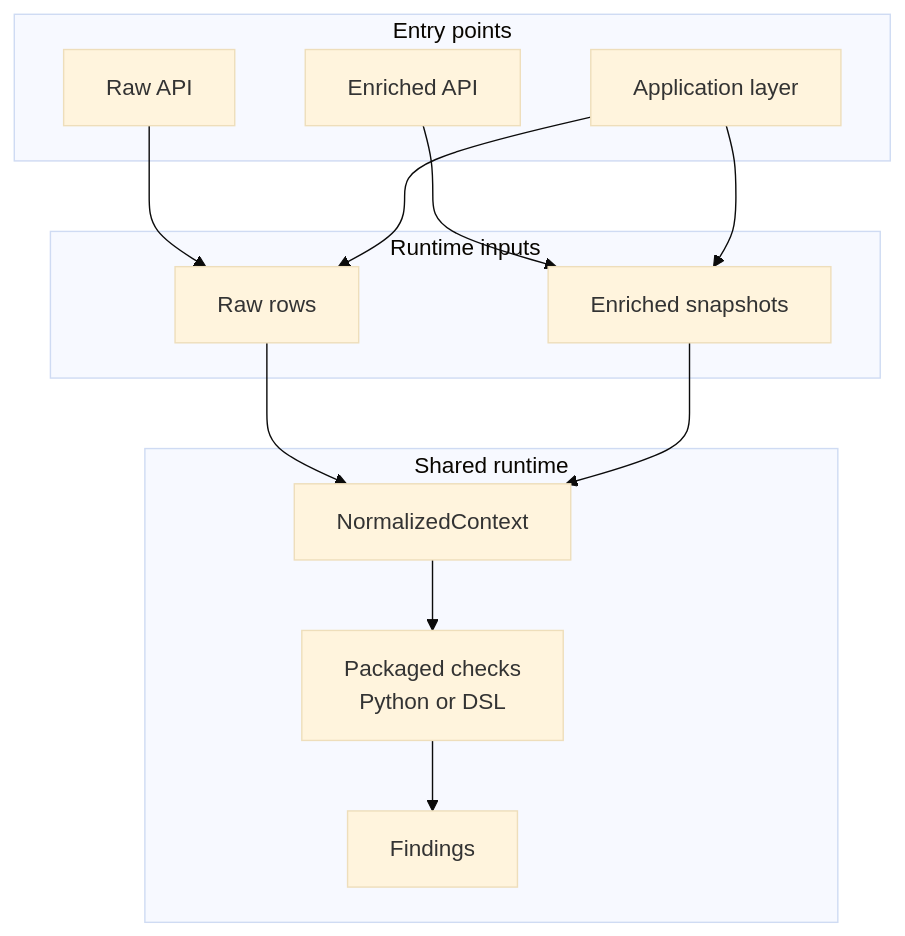
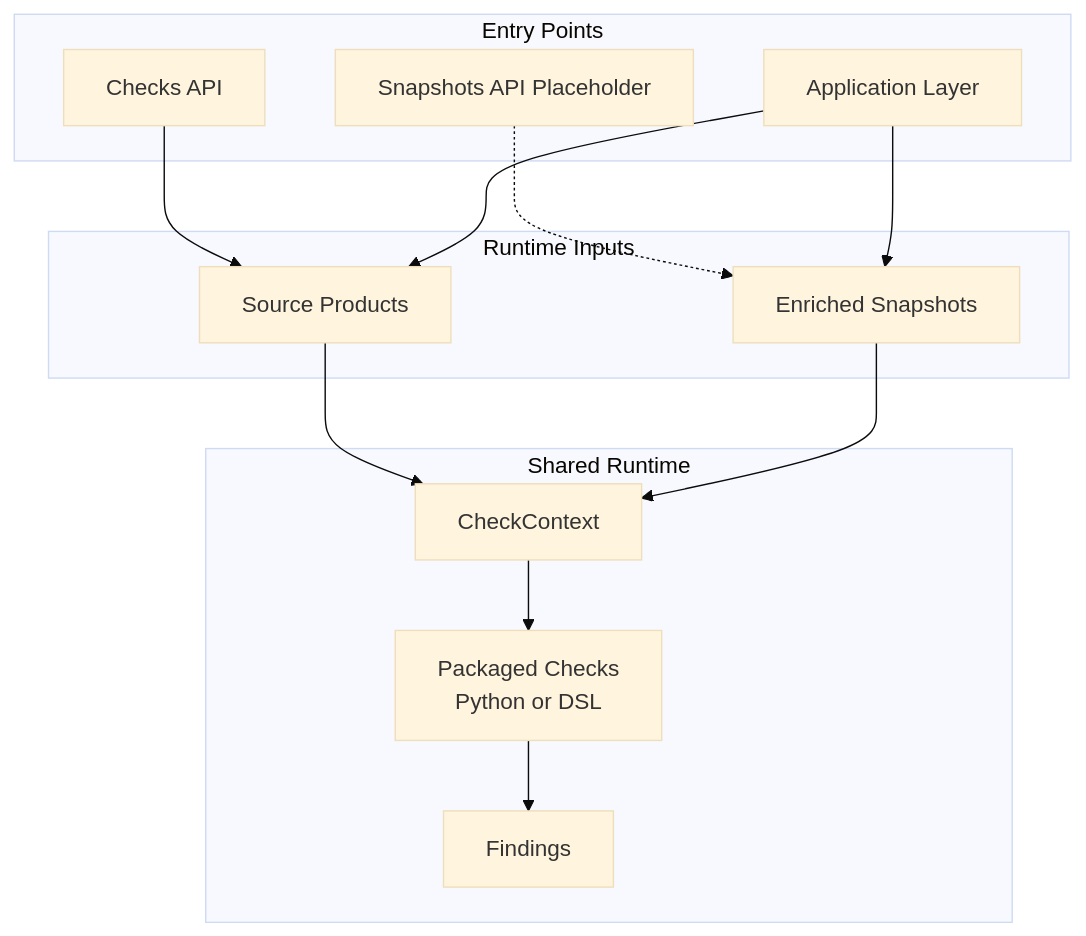
One commit to bobcorn/openfoodfacts-data-quality changed the diagram in docs/explanation/runtime-model.md. Above: the diagram before and after it, drawn with Mermaid (base theme). The commit also changed other lines of this file and 142 other files, not shown here.

````diff
--- a/docs/explanation/runtime-model.md
+++ b/docs/explanation/runtime-model.md
@@ -64,27 +62,27 @@
 ```mermaid
 flowchart TB
-    subgraph CALLERS["Entry points"]
-        A["Raw API"]
-        B["Enriched API"]
-        C["Application layer"]
+    subgraph CALLERS["Entry Points"]
+        A["Checks API"]
+        B["Snapshots API Placeholder"]
+        C["Application Layer"]
     end
 
-    subgraph INPUTS["Runtime inputs"]
-        D["Raw rows"]
-        E["Enriched snapshots"]
+    subgraph INPUTS["Runtime Inputs"]
+        D["Source Products"]
+        E["Enriched Snapshots"]
     end
 
-    subgraph RT["Shared runtime"]
-        F["NormalizedContext"]
-        G["Packaged checks<br/>Python or DSL"]
+    subgraph RT["Shared Runtime"]
+        F["CheckContext"]
+        G["Packaged Checks<br/>Python or DSL"]
         H["Findings"]
         F --> G --> H
     end
 
     A --> D
-    B --> E
+    B -.-> E
     C --> D
     C --> E
     D --> F
     E --> F
 ```
````
